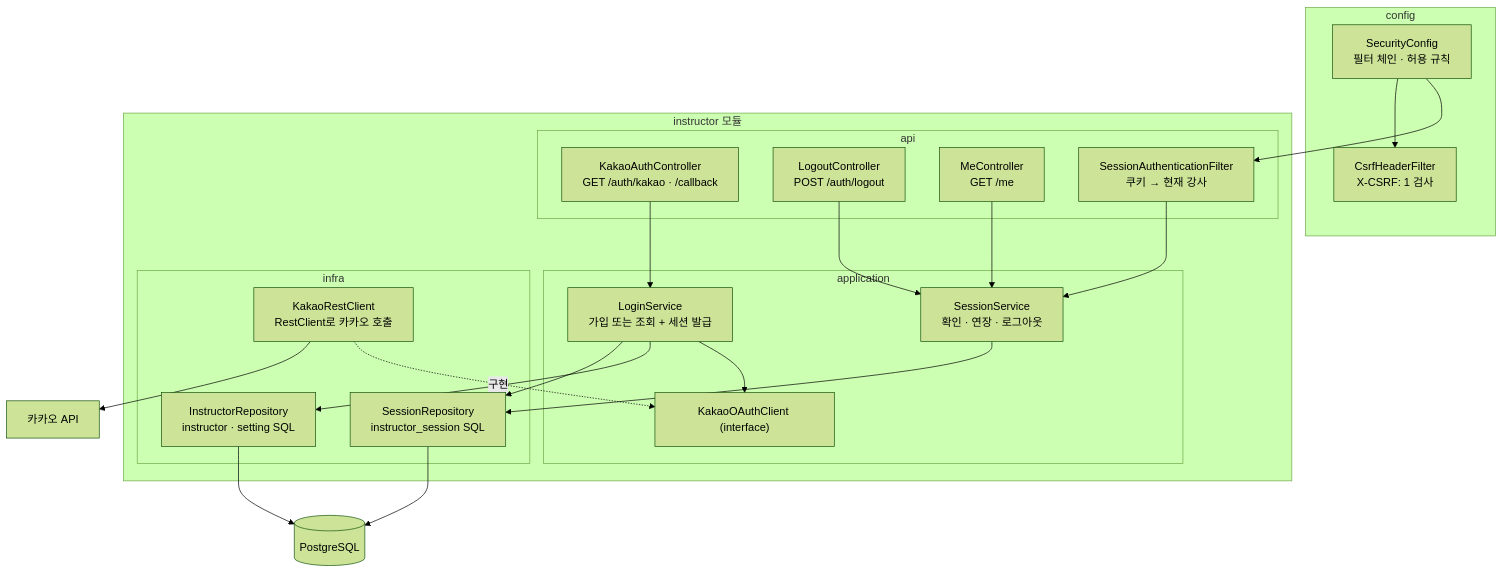
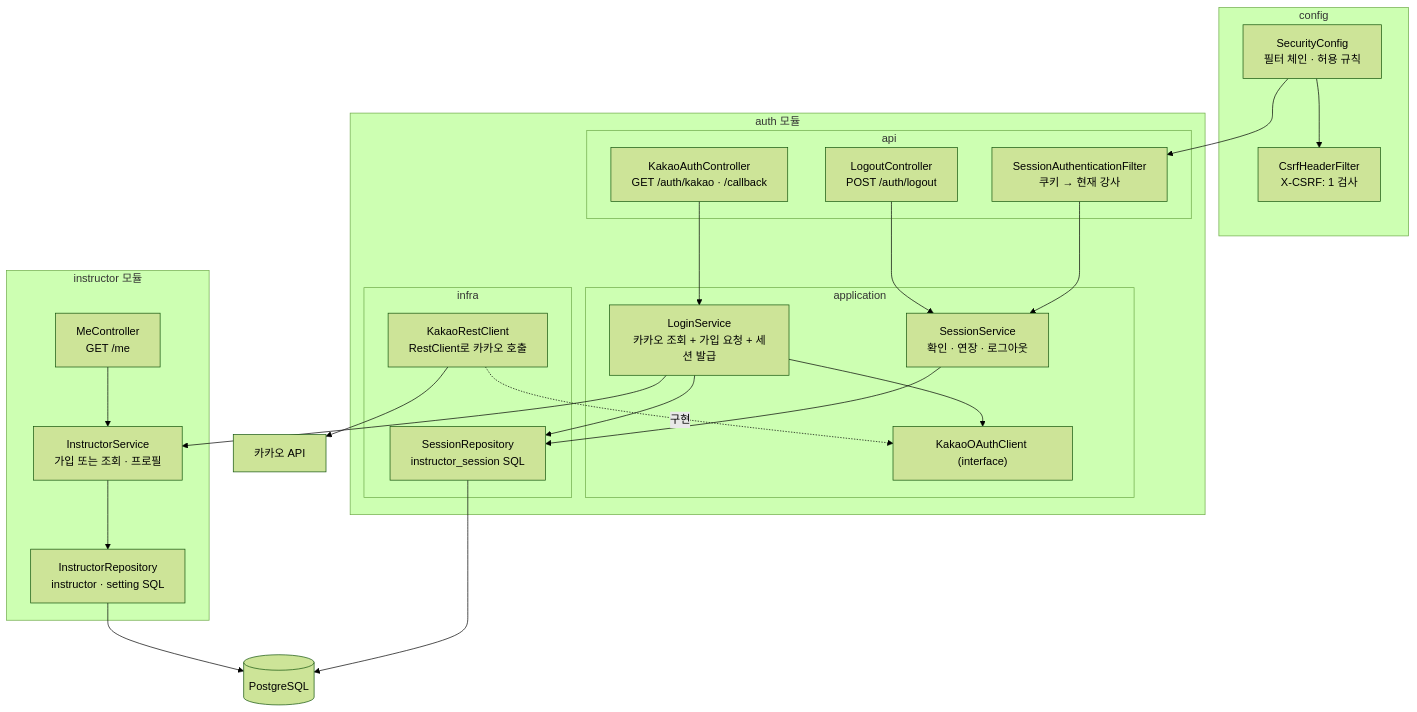
Before and after one commit to Fit-link-v2/FitLink-BE: the first of 2 diagrams in docs/spec/instructor/0001-instructor-setup/plan.md, drawn with Mermaid (forest theme). The commit also changed other lines of this file and 23 other files, not shown here.

````diff
--- a/docs/spec/instructor/0001-instructor-setup/plan.md
+++ b/docs/spec/instructor/0001-instructor-setup/plan.md
@@ -14,39 +14,43 @@
 ```mermaid
 flowchart TB
     subgraph config["config"]
         SC["SecurityConfig<br/>필터 체인 · 허용 규칙"]
         CF["CsrfHeaderFilter<br/>X-CSRF: 1 검사"]
     end
-    subgraph instructor["instructor 모듈"]
-        subgraph api["api"]
+    subgraph auth["auth 모듈"]
+        subgraph aapi["api"]
             AC["KakaoAuthController<br/>GET /auth/kakao · /callback"]
             LC["LogoutController<br/>POST /auth/logout"]
-            MC["MeController<br/>GET /me"]
             SF["SessionAuthenticationFilter<br/>쿠키 → 현재 강사"]
         end
-        subgraph application["application"]
-            LS["LoginService<br/>가입 또는 조회 + 세션 발급"]
+        subgraph aapp["application"]
+            LS["LoginService<br/>카카오 조회 + 가입 요청 + 세션 발급"]
             SS["SessionService<br/>확인 · 연장 · 로그아웃"]
             KP["KakaoOAuthClient (interface)"]
         end
-        subgraph infra["infra"]
-            IR["InstructorRepository<br/>instructor · setting SQL"]
+        subgraph ainfra["infra"]
             SR["SessionRepository<br/>instructor_session SQL"]
             KC["KakaoRestClient<br/>RestClient로 카카오 호출"]
         end
+    end
+    subgraph instructor["instructor 모듈"]
+        MC["MeController<br/>GET /me"]
+        IS["InstructorService<br/>가입 또는 조회 · 프로필"]
+        IR["InstructorRepository<br/>instructor · setting SQL"]
     end
     SC --> SF
     SC --> CF
     AC --> LS
     LC --> SS
-    MC --> SS
     SF --> SS
     LS --> KP
     KC -. 구현 .-> KP
-    LS --> IR
+    LS --> IS
     LS --> SR
     SS --> SR
+    MC --> IS
+    IS --> IR
     IR --> DB[("PostgreSQL")]
     SR --> DB
     KC --> K["카카오 API"]
 ```
````
